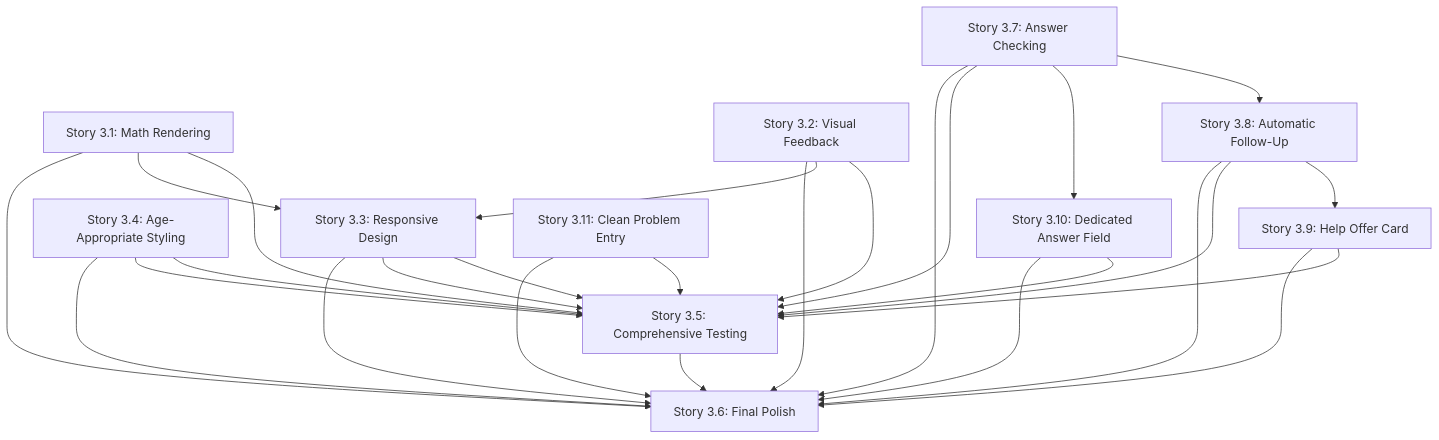
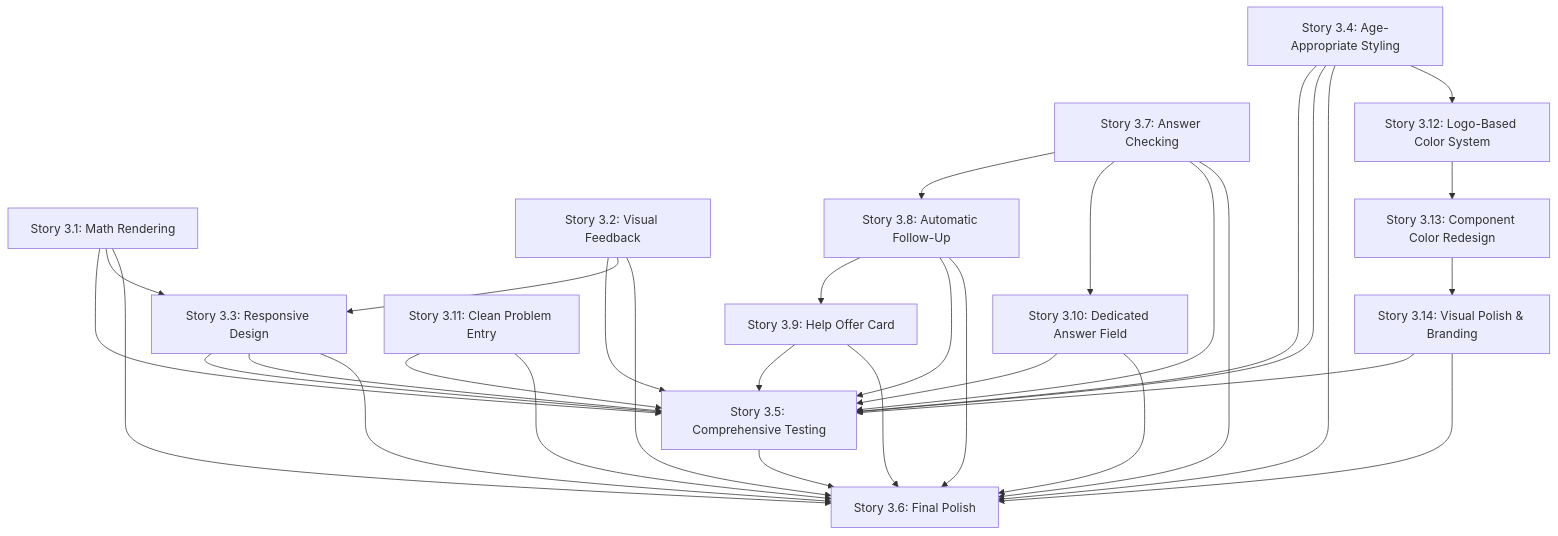
The diagram in docs/stories/epic-3-breakdown.md (bluesam1/AI-Math-Tutor), drawn with Mermaid before and after one commit. The commit also changed other lines of this file and 21 other files, not shown here.

````diff
--- a/docs/stories/epic-3-breakdown.md
+++ b/docs/stories/epic-3-breakdown.md
@@ -9,29 +9,34 @@
 ```mermaid
 graph TD
     S3.1[Story 3.1: Math Rendering] --> S3.5[Story 3.5: Comprehensive Testing]
     S3.2[Story 3.2: Visual Feedback] --> S3.5
     S3.3[Story 3.3: Responsive Design] --> S3.5
     S3.4[Story 3.4: Age-Appropriate Styling] --> S3.5
     S3.7[Story 3.7: Answer Checking] --> S3.8[Story 3.8: Automatic Follow-Up]
     S3.8 --> S3.9[Story 3.9: Help Offer Card]
     S3.7 --> S3.10[Story 3.10: Dedicated Answer Field]
     S3.10 --> S3.5
     S3.7 --> S3.5
     S3.8 --> S3.5
     S3.9 --> S3.5
     S3.1 --> S3.3[Story 3.3: Responsive Design]
     S3.2 --> S3.3
     S3.3 --> S3.5
     S3.4 --> S3.5
     S3.5 --> S3.6[Story 3.6: Final Polish]
     S3.1 --> S3.6
     S3.2 --> S3.6
     S3.3 --> S3.6
     S3.4 --> S3.6
     S3.7 --> S3.6
     S3.8 --> S3.6
     S3.9 --> S3.6
     S3.10 --> S3.6
     S3.11[Story 3.11: Clean Problem Entry] --> S3.5
     S3.11 --> S3.6
+    S3.4 --> S3.12[Story 3.12: Logo-Based Color System]
+    S3.12 --> S3.13[Story 3.13: Component Color Redesign]
+    S3.13 --> S3.14[Story 3.14: Visual Polish & Branding]
+    S3.14 --> S3.5
+    S3.14 --> S3.6
 ```
````
